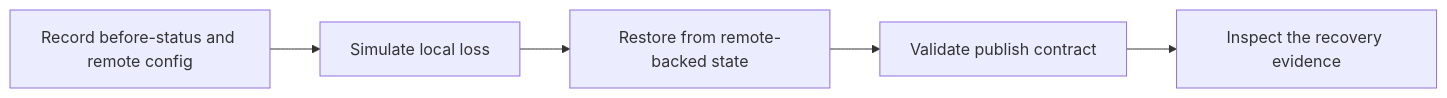
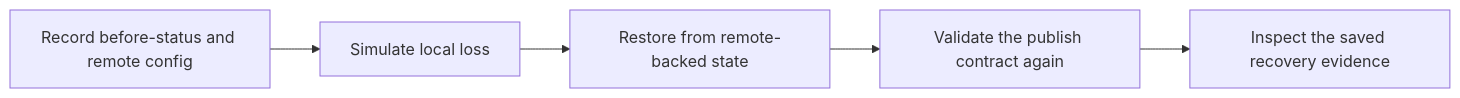
One commit to bijux/bijux-masterclass changed the second of 2 diagrams in programs/reproducible-research/deep-dive-dvc/capstone/docs/RECOVERY_GUIDE.md. Above: the diagram before and after it, drawn with Mermaid. The commit also changed other lines of this file, not shown here.

Commit message:
docs(capstone): clarify deep-dive-dvc recovery evidence

````diff
--- a/programs/reproducible-research/deep-dive-dvc/capstone/docs/RECOVERY_GUIDE.md
+++ b/programs/reproducible-research/deep-dive-dvc/capstone/docs/RECOVERY_GUIDE.md
@@ -18,7 +18,7 @@
 ```mermaid
 flowchart LR
   before["Record before-status and remote config"] --> erase["Simulate local loss"]
   erase --> restore["Restore from remote-backed state"]
-  restore --> validate["Validate publish contract"]
-  validate --> inspect["Inspect the recovery evidence"]
+  restore --> validate["Validate the publish contract again"]
+  validate --> inspect["Inspect the saved recovery evidence"]
 ```
````
